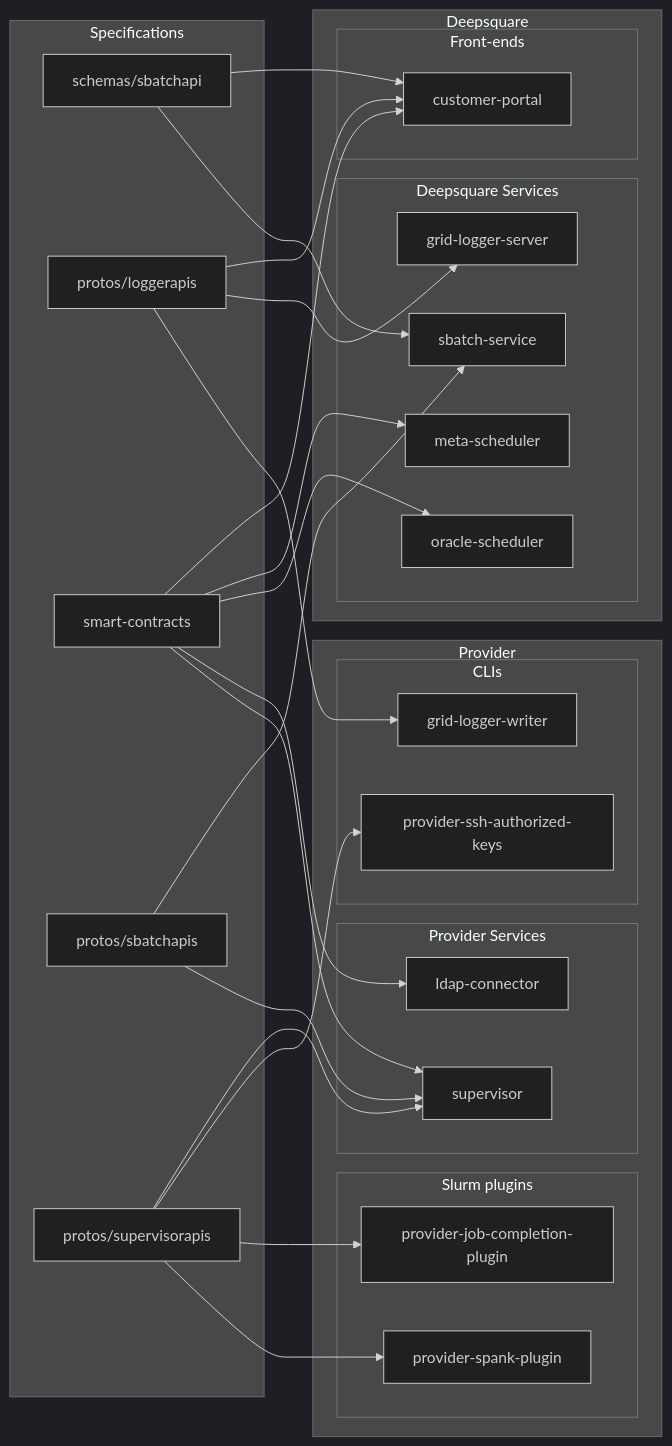
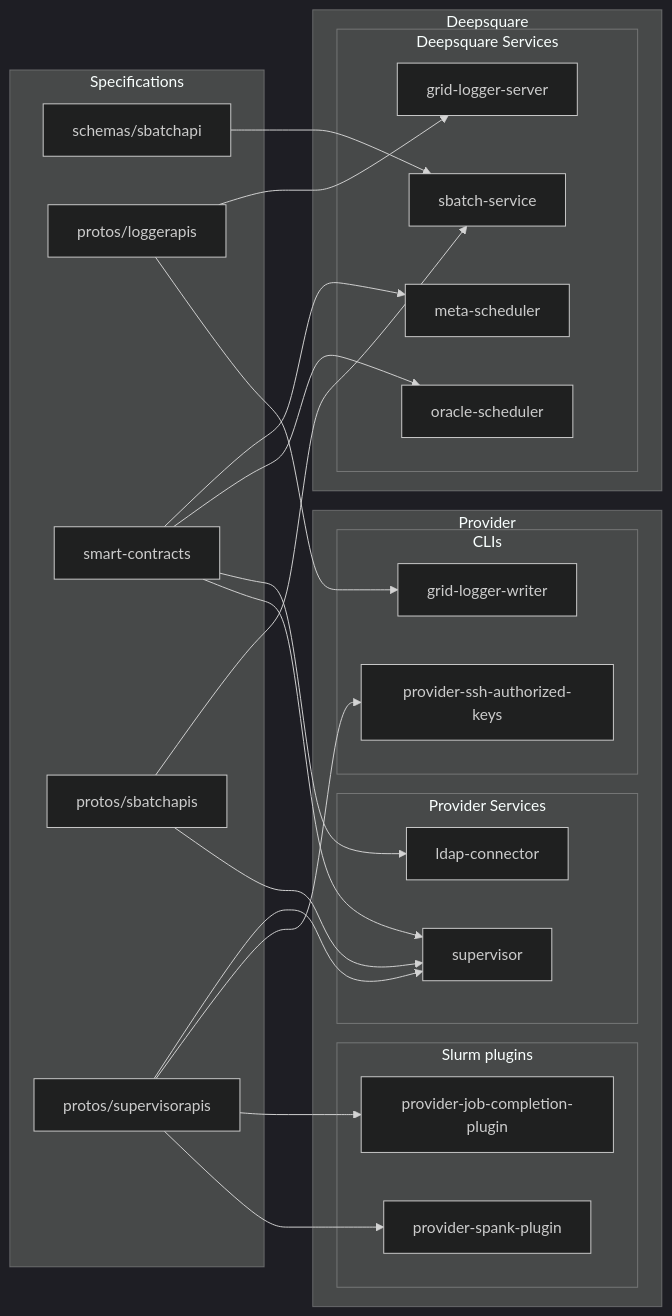
One commit to deepsquare-io/grid changed the diagram in README.md. Above: the diagram before and after it, drawn with Mermaid. The commit also changed other lines of this file and 1 other file, not shown here.

Commit message:
feat(ci): remove customer portal references, adapt ci to migrated repo

````diff
--- a/README.md
+++ b/README.md
@@ -7,67 +7,60 @@
 ```mermaid
 %%{
   init: {
     "theme": "dark",
     "logLevel": "info",
     "flowchart": {
       "htmlLabels": true
     }
   }
 }%%
 flowchart LR
   subgraph Specifications
     schemas/sbatchapi
     protos/loggerapis
     smart-contracts
     protos/sbatchapis
     protos/supervisorapis
   end
 
   subgraph Provider
     subgraph Provider Services
       ldap-connector
       supervisor
     end
 
 
     subgraph CLIs
       grid-logger-writer
       provider-ssh-authorized-keys
     end
 
     subgraph Slurm plugins
       provider-job-completion-plugin
       provider-spank-plugin
     end
   end
 
   subgraph Deepsquare
     subgraph Deepsquare Services
       sbatch-service
       grid-logger-server
       meta-scheduler
       oracle-scheduler
     end
-
-    subgraph Front-ends
-      customer-portal
-    end
   end
 
-  protos/loggerapis --> customer-portal
   protos/loggerapis --> grid-logger-server
   protos/loggerapis --> grid-logger-writer
-  schemas/sbatchapi --> customer-portal
   schemas/sbatchapi --> sbatch-service
   protos/sbatchapis --> sbatch-service
   protos/sbatchapis --> supervisor
   protos/supervisorapis --> supervisor
   protos/supervisorapis --> provider-ssh-authorized-keys
   protos/supervisorapis --> provider-job-completion-plugin
   protos/supervisorapis --> provider-spank-plugin
-  smart-contracts --> customer-portal
   smart-contracts --> meta-scheduler
   smart-contracts --> oracle-scheduler
   smart-contracts --> ldap-connector
   smart-contracts --> supervisor
 ```
````
